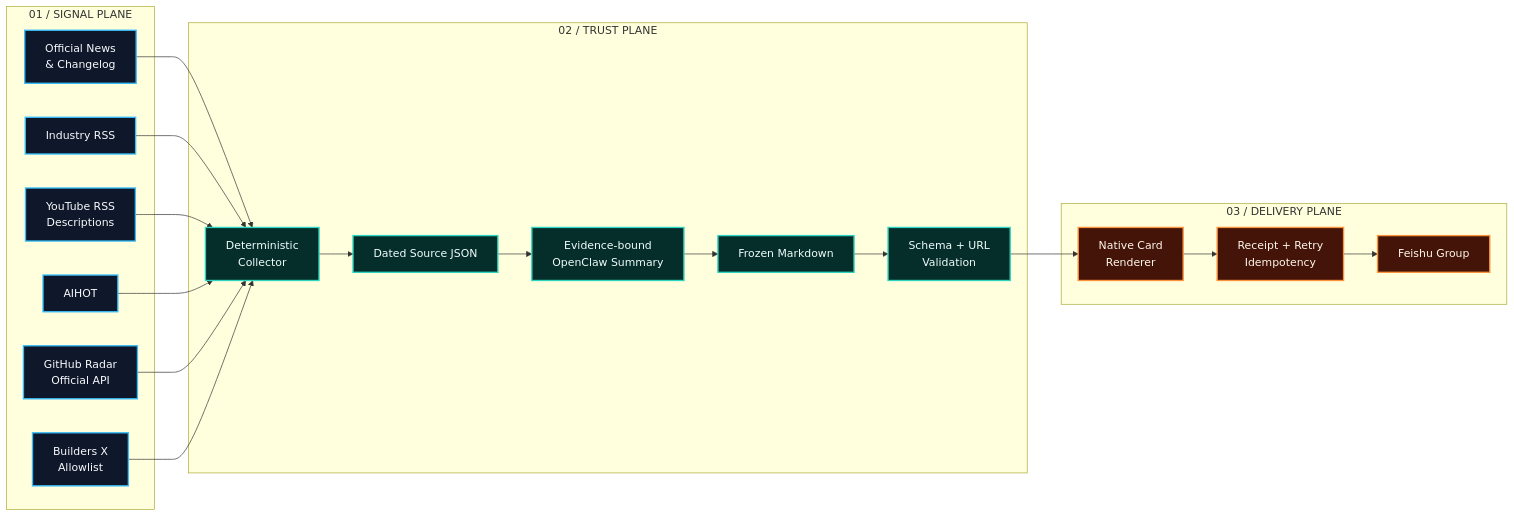
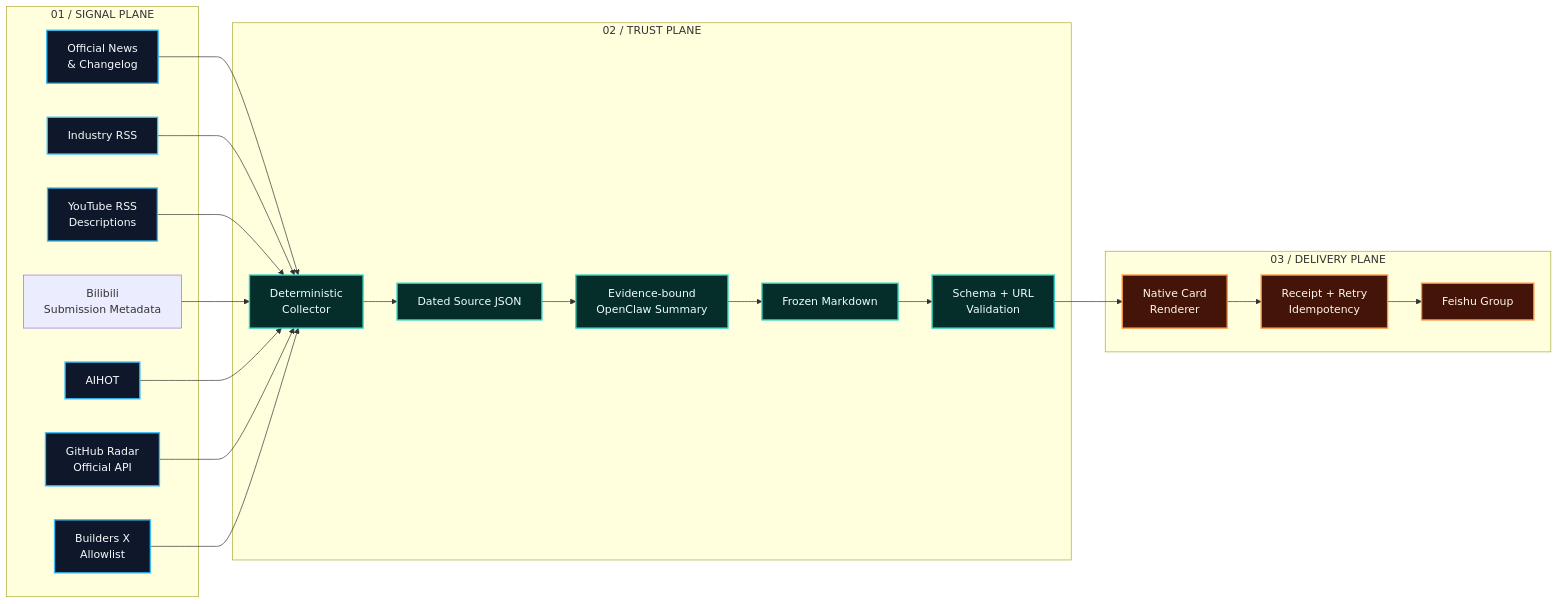
Before and after one commit to Health-525/ai-news-skills: the diagram in README.md, drawn with Mermaid. The commit also changed other lines of this file and 16 other files, not shown here.

````diff
--- a/README.md
+++ b/README.md
@@ -47,35 +47,36 @@
 ```mermaid
 flowchart LR
     subgraph SIGNAL["01 / SIGNAL PLANE"]
         A["Official News<br/>& Changelog"]
         B["Industry RSS"]
         C["YouTube RSS<br/>Descriptions"]
+        O["Bilibili<br/>Submission Metadata"]
         D["AIHOT"]
         E["GitHub Radar<br/>Official API"]
         N["Builders X<br/>Allowlist"]
     end
 
     subgraph TRUST["02 / TRUST PLANE"]
         F["Deterministic<br/>Collector"]
         G["Dated Source JSON"]
         H["Evidence-bound<br/>OpenClaw Summary"]
         I["Frozen Markdown"]
         J["Schema + URL<br/>Validation"]
     end
 
     subgraph DELIVERY["03 / DELIVERY PLANE"]
         K["Native Card<br/>Renderer"]
         L["Receipt + Retry<br/>Idempotency"]
         M["Feishu Group"]
     end
 
-    A & B & C & D & E & N --> F
+    A & B & C & O & D & E & N --> F
     F --> G --> H --> I --> J --> K --> L --> M
 
     classDef signal fill:#0f172a,stroke:#38bdf8,color:#f8fafc,stroke-width:2px
     classDef trust fill:#052e2b,stroke:#2dd4bf,color:#f0fdfa,stroke-width:2px
     classDef delivery fill:#431407,stroke:#fb923c,color:#fff7ed,stroke-width:2px
     class A,B,C,D,E,N signal
     class F,G,H,I,J trust
     class K,L,M delivery
 ```
````
